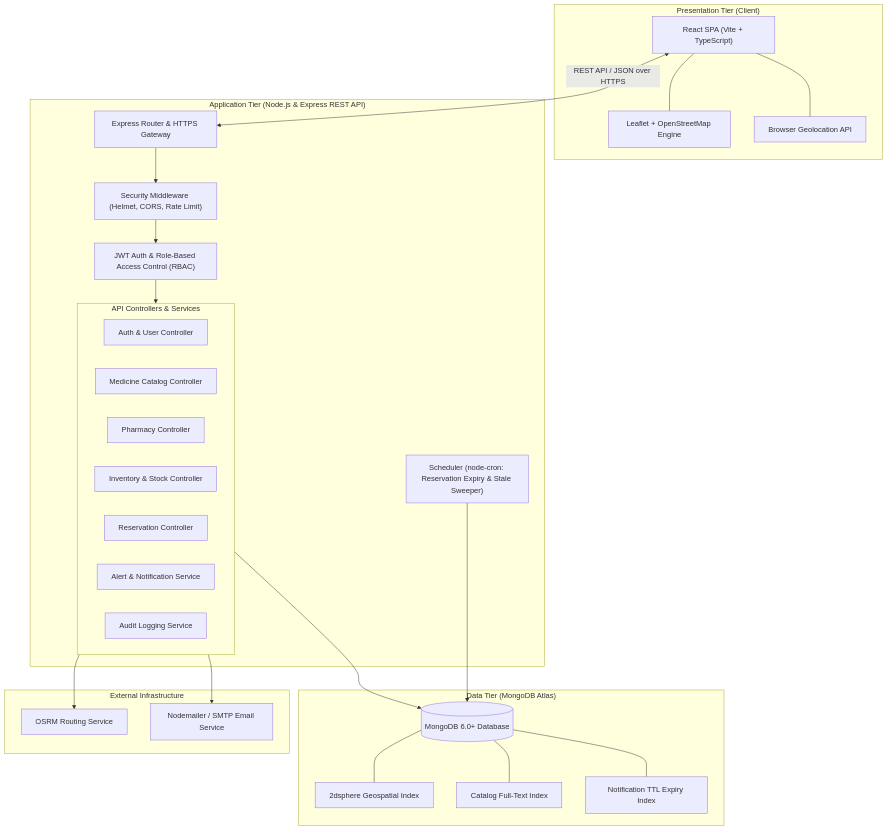
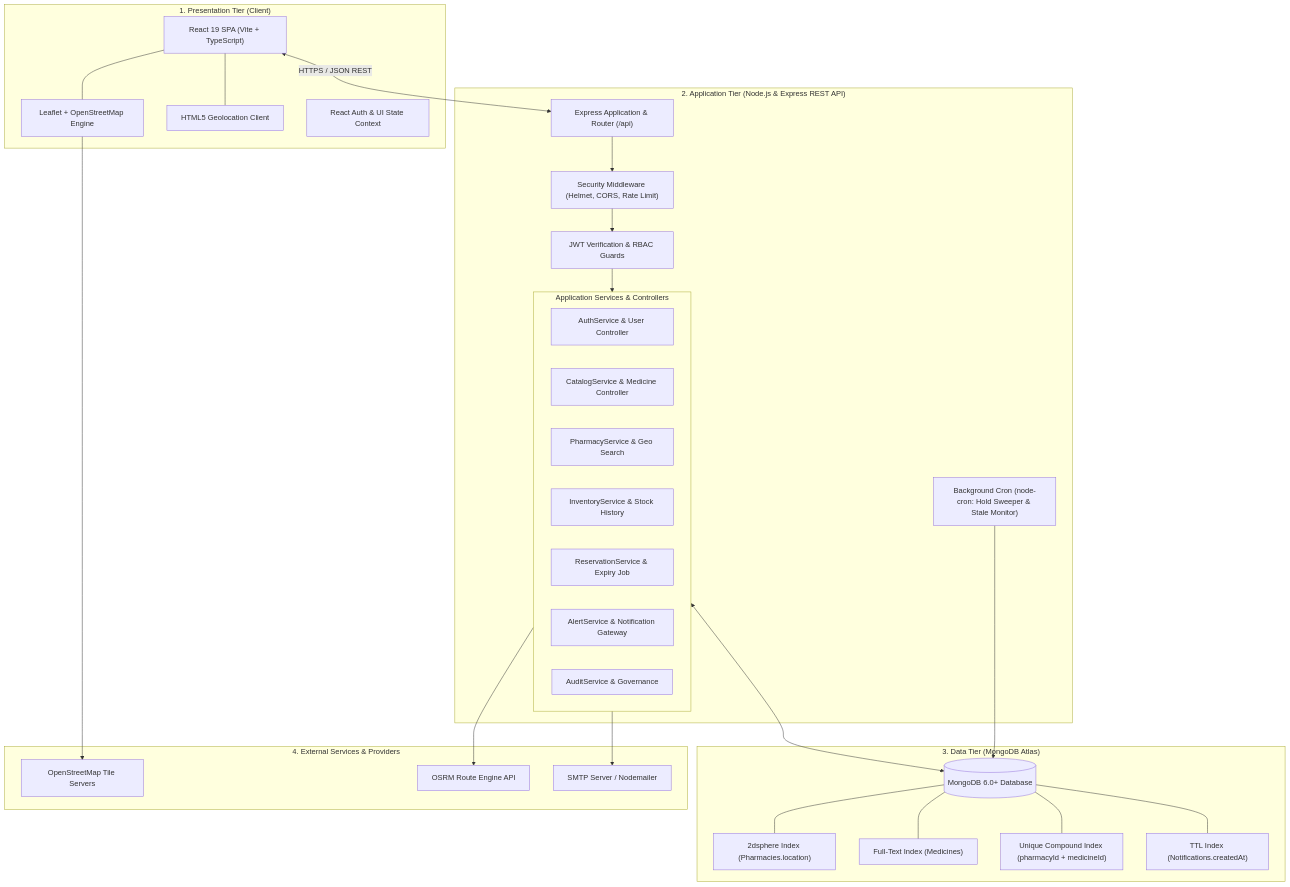
Before and after one commit to 10bitsofwalid/MediFind: the third of 7 diagrams in README.MD, drawn with Mermaid. The commit also changed other lines of this file and 4 other files, not shown here.

````diff
--- a/README.MD
+++ b/README.MD
@@ -133,52 +244,57 @@
 ```mermaid
 graph TD
-    subgraph PresentationTier["Presentation Tier (Client)"]
-        SPA["React SPA (Vite + TypeScript)"]
-        Leaflet["Leaflet + OpenStreetMap Engine"]
-        GeoAPI["Browser Geolocation API"]
+    subgraph Tier1["1. Presentation Tier (Client)"]
+        SPA["React 19 SPA (Vite + TypeScript)"]
+        LeafletMap["Leaflet + OpenStreetMap Engine"]
+        GeoClient["HTML5 Geolocation Client"]
+        StateContext["React Auth & UI State Context"]
     end
 
-    subgraph ApplicationTier["Application Tier (Node.js & Express REST API)"]
-        Gateway["Express Router & HTTPS Gateway"]
-        Security["Security Middleware (Helmet, CORS, Rate Limit)"]
-        AuthMid["JWT Auth & Role-Based Access Control (RBAC)"]
+    subgraph Tier2["2. Application Tier (Node.js & Express REST API)"]
+        APIGateway["Express Application & Router (/api)"]
+        SecMiddleware["Security Middleware (Helmet, CORS, Rate Limit)"]
+        AuthGuards["JWT Verification & RBAC Guards"]
         
-        subgraph Controllers["API Controllers & Services"]
-            AuthCtrl["Auth & User Controller"]
-            MedCtrl["Medicine Catalog Controller"]
-            PharmCtrl["Pharmacy Controller"]
-            StockCtrl["Inventory & Stock Controller"]
-            ResCtrl["Reservation Controller"]
-            AlertCtrl["Alert & Notification Service"]
-            AuditCtrl["Audit Logging Service"]
+        subgraph LogicServices["Application Services & Controllers"]
+            AuthSvc["AuthService & User Controller"]
+            CatSvc["CatalogService & Medicine Controller"]
+            PharmSvc["PharmacyService & Geo Search"]
+            StockSvc["InventoryService & Stock History"]
+            ResSvc["ReservationService & Expiry Job"]
+            AlertSvc["AlertService & Notification Gateway"]
+            AuditSvc["AuditService & Governance"]
         end
         
-        Cron["Scheduler (node-cron: Reservation Expiry & Stale Sweeper)"]
+        CronScheduler["Background Cron (node-cron: Hold Sweeper & Stale Monitor)"]
     end
 
-    subgraph DataTier["Data Tier (MongoDB Atlas)"]
-        DB[(MongoDB 6.0+ Database)]
-        GeoIdx["2dsphere Geospatial Index"]
-        TextIdx["Catalog Full-Text Index"]
-        TTLIdx["Notification TTL Expiry Index"]
+    subgraph Tier3["3. Data Tier (MongoDB Atlas)"]
+        MongoCluster[("MongoDB 6.0+ Database")]
+        SpatialIdx["2dsphere Index (Pharmacies.location)"]
+        CatalogIdx["Full-Text Index (Medicines)"]
+        CompoundIdx["Unique Compound Index (pharmacyId + medicineId)"]
+        TTLIndex["TTL Index (Notifications.createdAt)"]
     end
 
-    subgraph ExternalServices["External Infrastructure"]
-        OSRM["OSRM Routing Service"]
-        SMTP["Nodemailer / SMTP Email Service"]
+    subgraph ExternalTier["4. External Services & Providers"]
+        OSMTiles["OpenStreetMap Tile Servers"]
+        OSRMEngine["OSRM Route Engine API"]
+        SMTPGateway["SMTP Server / Nodemailer"]
     end
 
-    SPA <-->|REST API / JSON over HTTPS| Gateway
-    SPA --- Leaflet
-    SPA --- GeoAPI
-    Gateway --> Security
-    Security --> AuthMid
-    AuthMid --> Controllers
-    Controllers --> DB
-    DB --- GeoIdx
-    DB --- TextIdx
-    DB --- TTLIdx
-    Cron --> DB
-    Controllers --> OSRM
-    Controllers --> SMTP
+    SPA <-->|HTTPS / JSON REST| APIGateway
+    SPA --- LeafletMap
+    SPA --- GeoClient
+    APIGateway --> SecMiddleware
+    SecMiddleware --> AuthGuards
+    AuthGuards --> LogicServices
+    LogicServices <--> MongoCluster
+    MongoCluster --- SpatialIdx
+    MongoCluster --- CatalogIdx
+    MongoCluster --- CompoundIdx
+    MongoCluster --- TTLIndex
+    CronScheduler --> MongoCluster
+    LeafletMap --> OSMTiles
+    LogicServices --> OSRMEngine
+    LogicServices --> SMTPGateway
 ```
````
